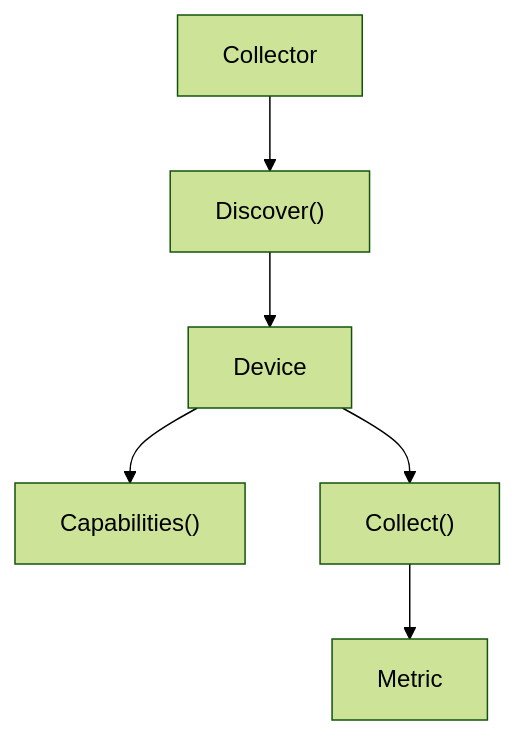
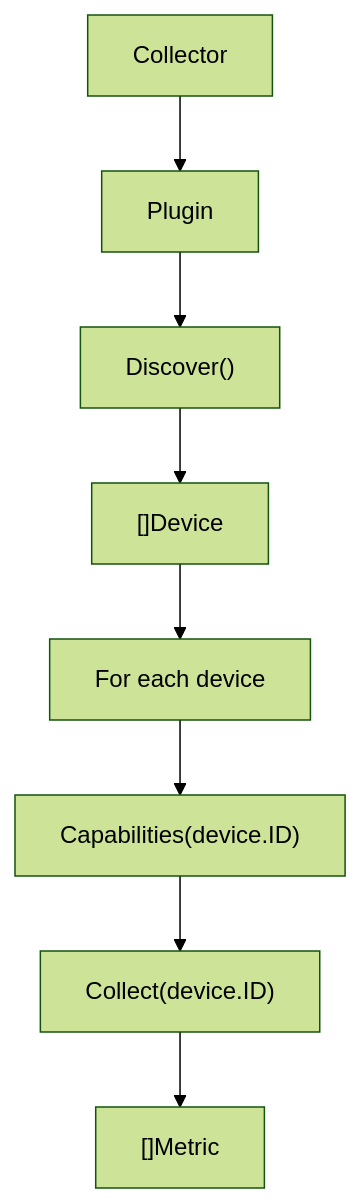
The third of 3 diagrams in docs/01-plugin-api.md (hdimmfh/xpu-monitor-agent), drawn with Mermaid (forest theme) before and after one commit. The commit also changed other lines of this file, not shown here.

````diff
--- a/docs/01-plugin-api.md
+++ b/docs/01-plugin-api.md
@@ -79,23 +309,19 @@
 ```mermaid
 flowchart TD
+    Collector["Collector"]
+    Plugin["Plugin"]
+    Discover["Discover()"]
+    Devices["[]Device"]
+    ForEach["For each device"]
+    Capabilities["Capabilities(device.ID)"]
+    Collect["Collect(device.ID)"]
+    Metrics["[]Metric"]
 
-    Collector["Collector"]
-
-    Discover["Discover()"]
-
-    Device["Device"]
-
-    Capabilities["Capabilities()"]
-
-    Collect["Collect()"]
-
-    Metric["Metric"]
-
-    Collector --> Discover
-    Discover --> Device
-
-    Device --> Capabilities
-    Device --> Collect
-
-    Collect --> Metric
+    Collector --> Plugin
+    Plugin --> Discover
+    Discover --> Devices
+    Devices --> ForEach
+    ForEach --> Capabilities
+    Capabilities --> Collect
+    Collect --> Metrics
 ```
````
